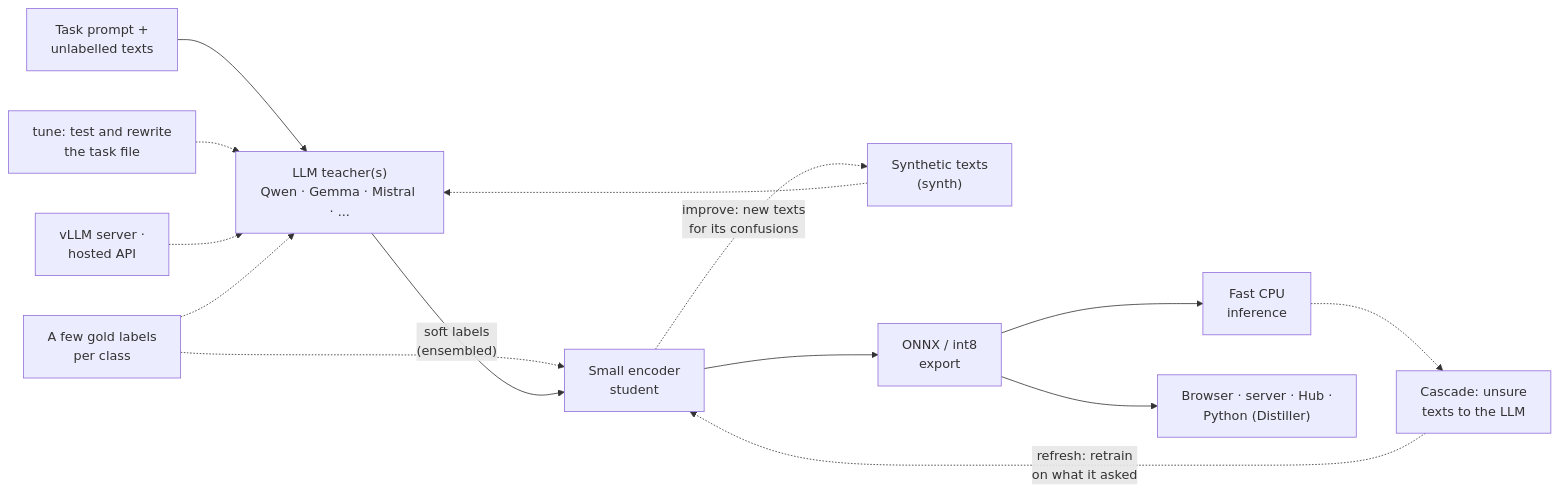
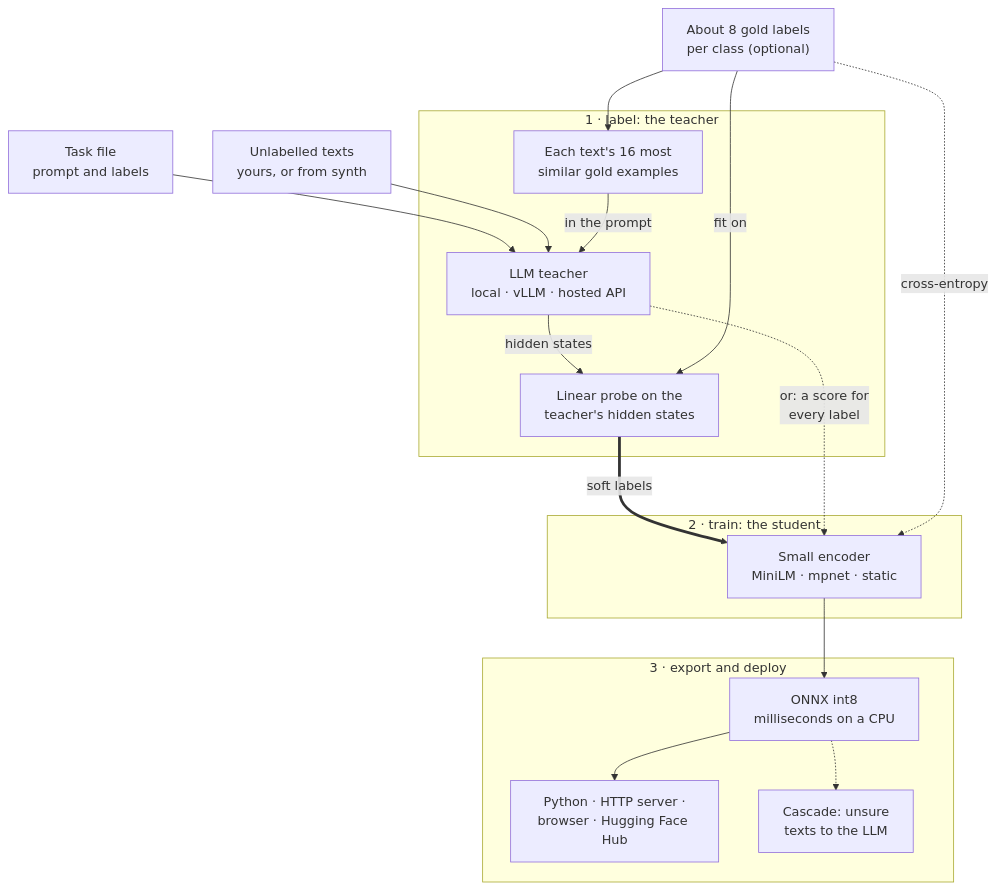
One commit to Andreas-Hum/Andreas-Hum changed the diagram in README.md. Above: the diagram before and after it, drawn with Mermaid. The commit also changed other lines of this file, not shown here.

Commit message:
Profile: the new three-stage tinydistill diagram and current Banking77 numbers

````diff
--- a/README.md
+++ b/README.md
@@ -39,16 +39,31 @@
 ```mermaid
-flowchart LR
-    A["Task prompt +<br/>unlabelled texts"] --> B["LLM teacher(s)<br/>Qwen · Gemma · Mistral · ..."]
-    T["tune: test and rewrite<br/>the task file"] -.-> B
-    S["Synthetic texts<br/>(synth)"] -.-> B
-    V["vLLM server ·<br/>hosted API"] -.-> B
-    K["A few gold labels<br/>per class"] -.-> B
-    K -.-> C
-    B -- "soft labels<br/>(ensembled)" --> C["Small encoder<br/>student"]
-    C --> D["ONNX / int8<br/>export"]
-    D --> E["Fast CPU<br/>inference"]
-    D --> W["Browser · server · Hub ·<br/>Python (Distiller)"]
-    E -.-> F["Cascade: unsure<br/>texts to the LLM"]
-    F -. "refresh: retrain<br/>on what it asked" .-> C
-    C -. "improve: new texts<br/>for its confusions" .-> S
+flowchart TB
+    A["Task file<br/>prompt and labels"]
+    U["Unlabelled texts<br/>yours, or from synth"]
+    K["About 8 gold labels<br/>per class (optional)"]
+    subgraph LABEL["1 · label: the teacher"]
+        R["Each text's 16 most<br/>similar gold examples"]
+        B["LLM teacher<br/>local · vLLM · hosted API"]
+        P["Linear probe on the<br/>teacher's hidden states"]
+    end
+    subgraph TRAIN["2 · train: the student"]
+        C["Small encoder<br/>MiniLM · mpnet · static"]
+    end
+    subgraph SHIP["3 · export and deploy"]
+        D["ONNX int8<br/>milliseconds on a CPU"]
+        E["Python · HTTP server ·<br/>browser · Hugging Face Hub"]
+        F["Cascade: unsure<br/>texts to the LLM"]
+    end
+    A --> B
+    U --> B
+    K --> R
+    R -- "in the prompt" --> B
+    B -- "hidden states" --> P
+    K -- "fit on" --> P
+    P == "soft labels" ==> C
+    B -. "or: a score for<br/>every label" .-> C
+    K -. "cross-entropy" .-> C
+    C --> D
+    D --> E
+    D -.-> F
 ```
````
